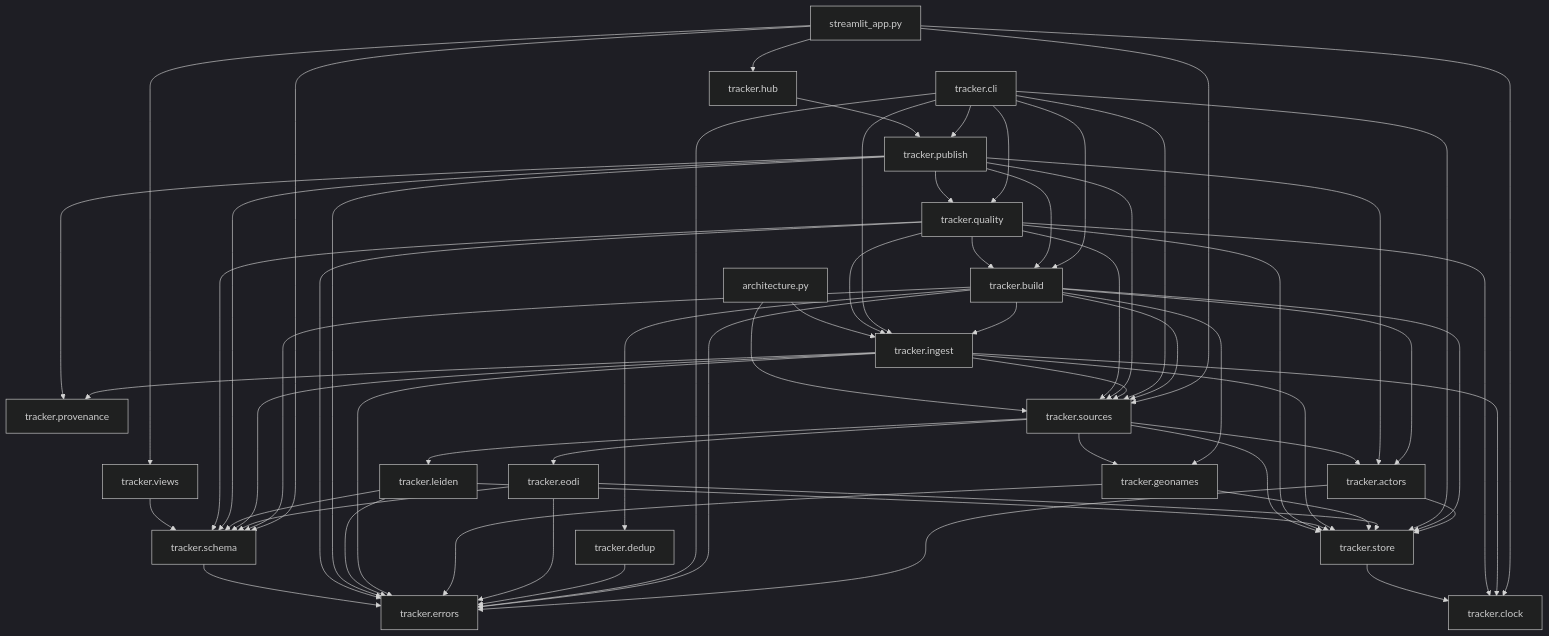
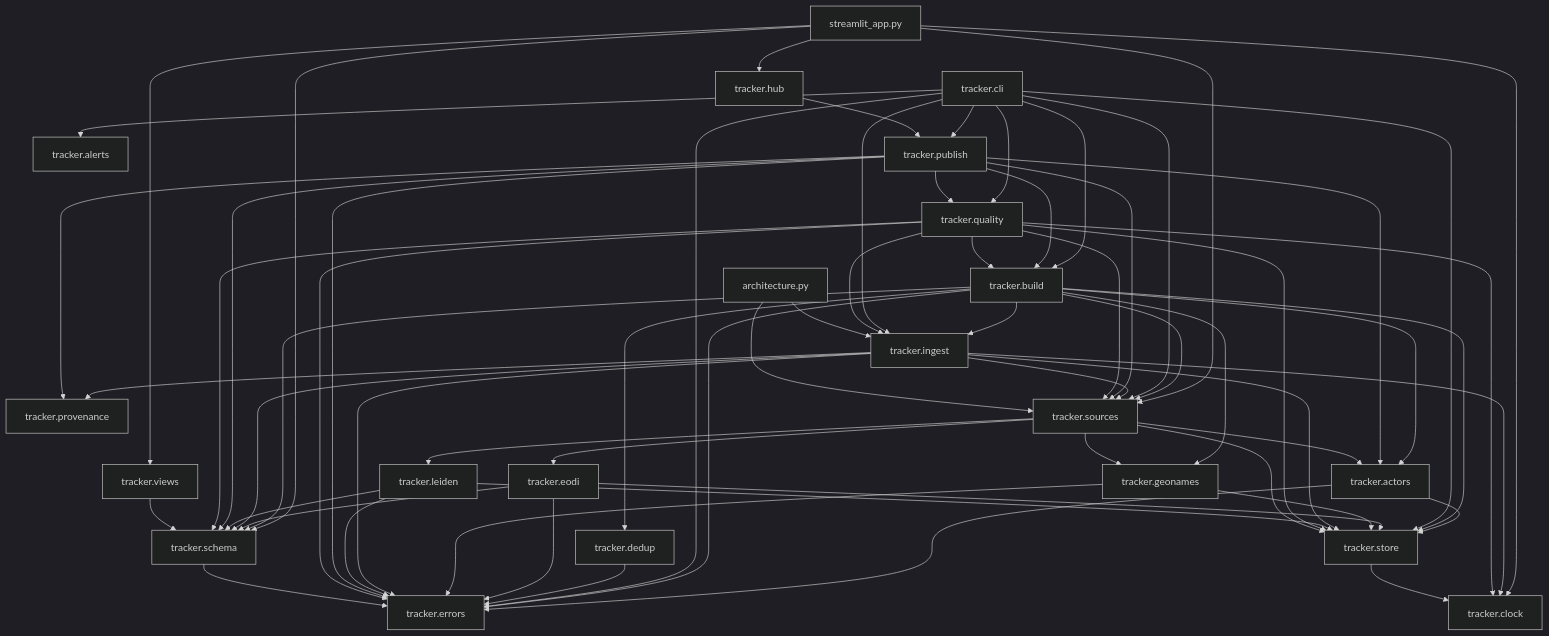
The third of 3 diagrams in docs/architecture.md (tryph0n/hybrid-tracker), drawn with Mermaid (dark theme) before and after one commit. The commit also changed other lines of this file and 5 other files, not shown here.

```diff
--- a/docs/architecture.md
+++ b/docs/architecture.md
@@ -152,6 +158,7 @@
 flowchart TB
   module_streamlit_app_py["streamlit_app.py"]
   module_tracker_actors["tracker.actors"]
+  module_tracker_alerts["tracker.alerts"]
   module_tracker_build["tracker.build"]
   module_tracker_cli["tracker.cli"]
   module_tracker_clock["tracker.clock"]
@@ -185,6 +192,7 @@
   module_tracker_build --> module_tracker_schema
   module_tracker_build --> module_tracker_sources
   module_tracker_build --> module_tracker_store
+  module_tracker_cli --> module_tracker_alerts
   module_tracker_cli --> module_tracker_build
   module_tracker_cli --> module_tracker_errors
   module_tracker_cli --> module_tracker_ingest
```
